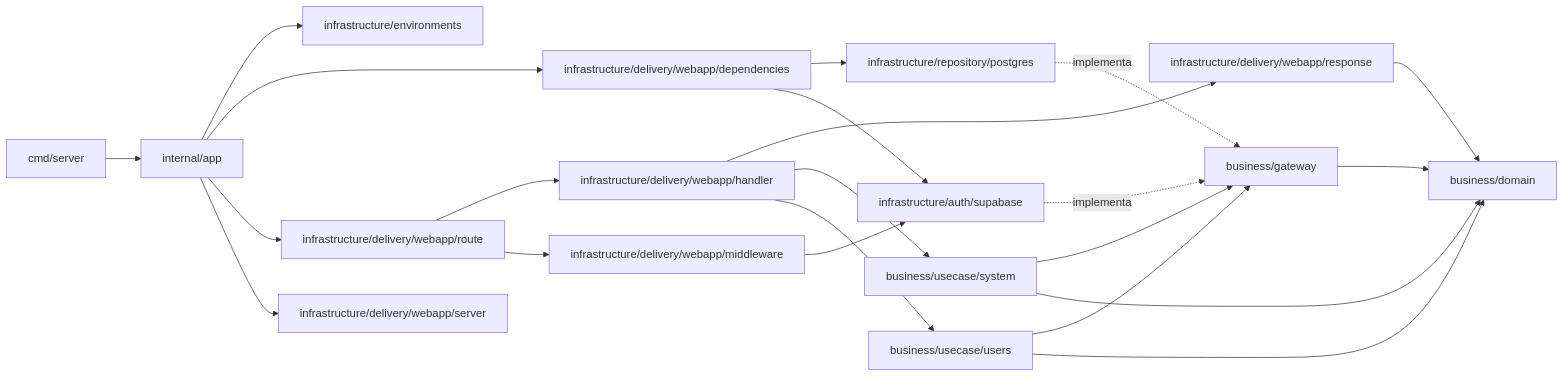
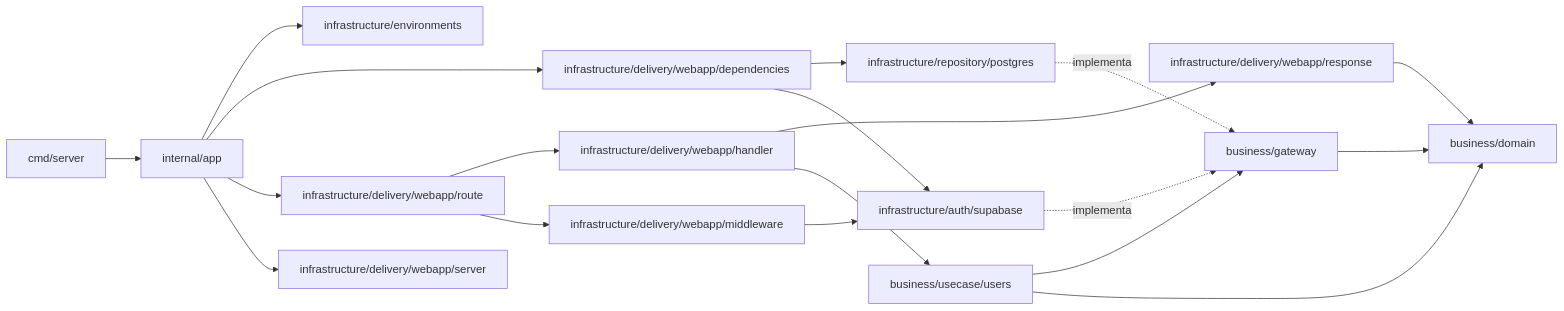
One commit to LoteoApp/LoteosAPP changed the second of 2 diagrams in docs/architecture.md. Above: the diagram before and after it, drawn with Mermaid. The commit also changed other lines of this file and 25 other files, not shown here.

````diff
--- a/docs/architecture.md
+++ b/docs/architecture.md
@@ -176,24 +169,21 @@
 ```mermaid
 flowchart LR
     main["cmd/server"] --> app["internal/app"]
     app --> environments["infrastructure/environments"]
     app --> deps["infrastructure/delivery/webapp/dependencies"]
     app --> route["infrastructure/delivery/webapp/route"]
     app --> server["infrastructure/delivery/webapp/server"]
     deps --> repo["infrastructure/repository/postgres"]
     deps --> supabase["infrastructure/auth/supabase"]
     route --> handler["infrastructure/delivery/webapp/handler"]
     route --> middleware["infrastructure/delivery/webapp/middleware"]
     middleware --> supabase
     handler --> response["infrastructure/delivery/webapp/response"]
-    handler --> usecaseSystem["business/usecase/system"]
     handler --> usecaseUsers["business/usecase/users"]
     repo -.implementa.-> gateway["business/gateway"]
     supabase -.implementa.-> gateway
-    usecaseSystem --> gateway
     usecaseUsers --> gateway
-    usecaseSystem --> domain["business/domain"]
-    usecaseUsers --> domain
+    usecaseUsers --> domain["business/domain"]
     response --> domain
     gateway --> domain
 ```
````
